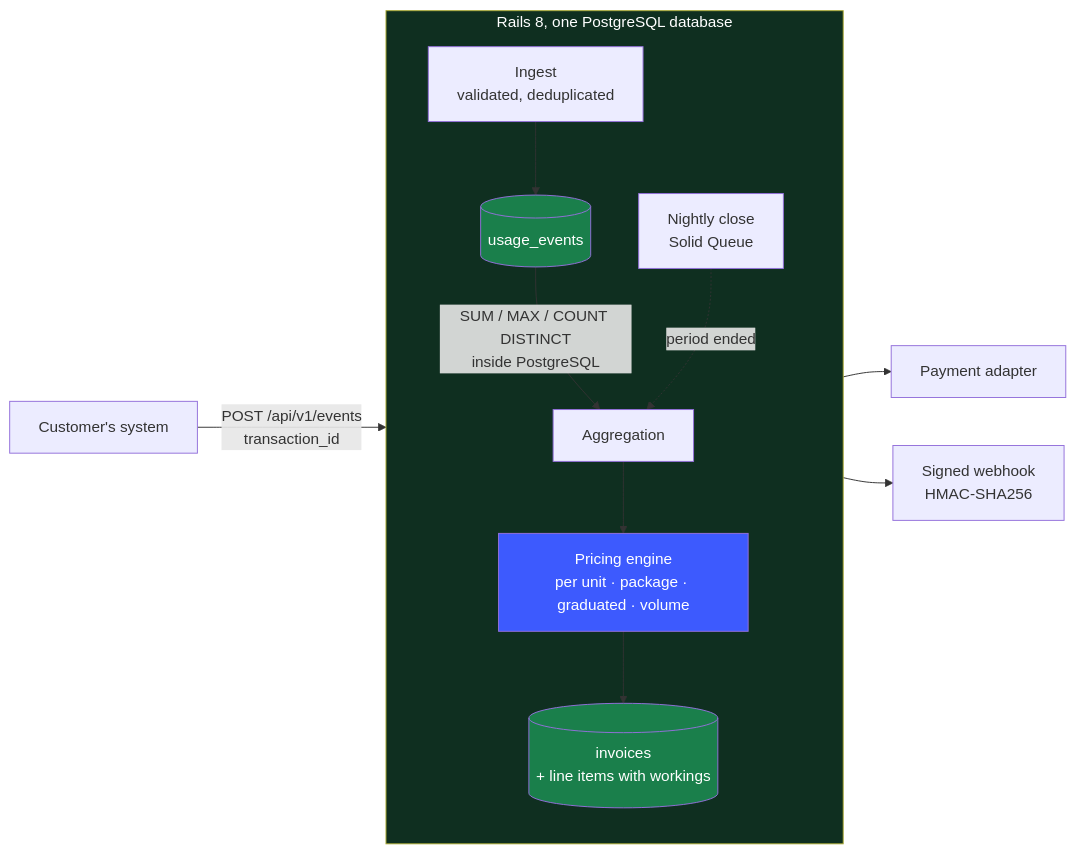
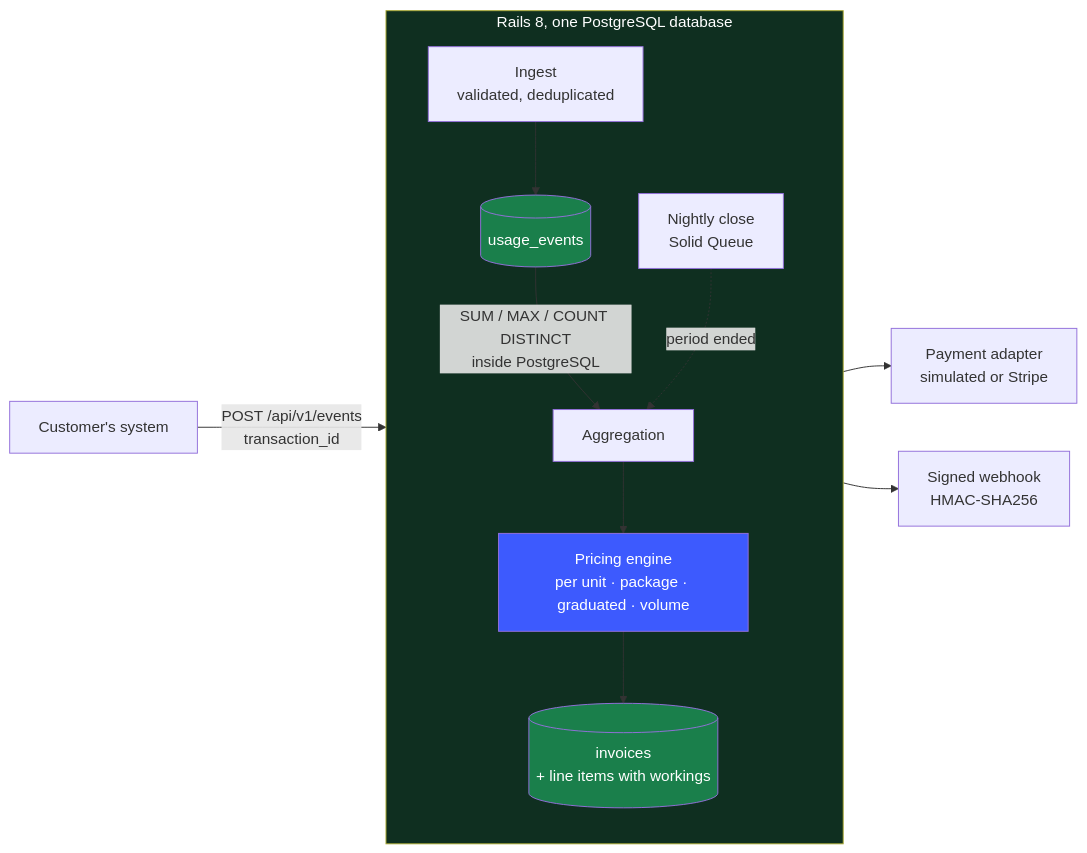
The diagram in README.md (CGainsWorks/sw-rails-usage-billing), drawn with Mermaid before and after one commit. The commit also changed other lines of this file and 3 other files, not shown here.

````diff
--- a/README.md
+++ b/README.md
@@ -15,21 +15,21 @@
 ```mermaid
 flowchart LR
     APP["Customer's system"] -->|"POST /api/v1/events<br/>transaction_id"| ING
 
     subgraph RAILS["Rails 8, one PostgreSQL database"]
       direction TB
       ING["Ingest<br/>validated, deduplicated"] --> EV[("usage_events")]
       EV -->|"SUM / MAX / COUNT DISTINCT<br/>inside PostgreSQL"| AGG["Aggregation"]
       AGG --> PRICE["Pricing engine<br/>per unit · package · graduated · volume"]
       PRICE --> INV[("invoices<br/>+ line items with workings")]
       CLOCK["Nightly close<br/>Solid Queue"] -.->|"period ended"| AGG
     end
 
-    INV --> PAY["Payment adapter"]
+    INV --> PAY["Payment adapter<br/>simulated or Stripe"]
     INV --> HOOK["Signed webhook<br/>HMAC-SHA256"]
 
     style RAILS fill:#0f2f20,color:#fff
     style EV fill:#1a7f4b,color:#fff
     style INV fill:#1a7f4b,color:#fff
     style PRICE fill:#3d5afe,color:#fff
 ```
````
